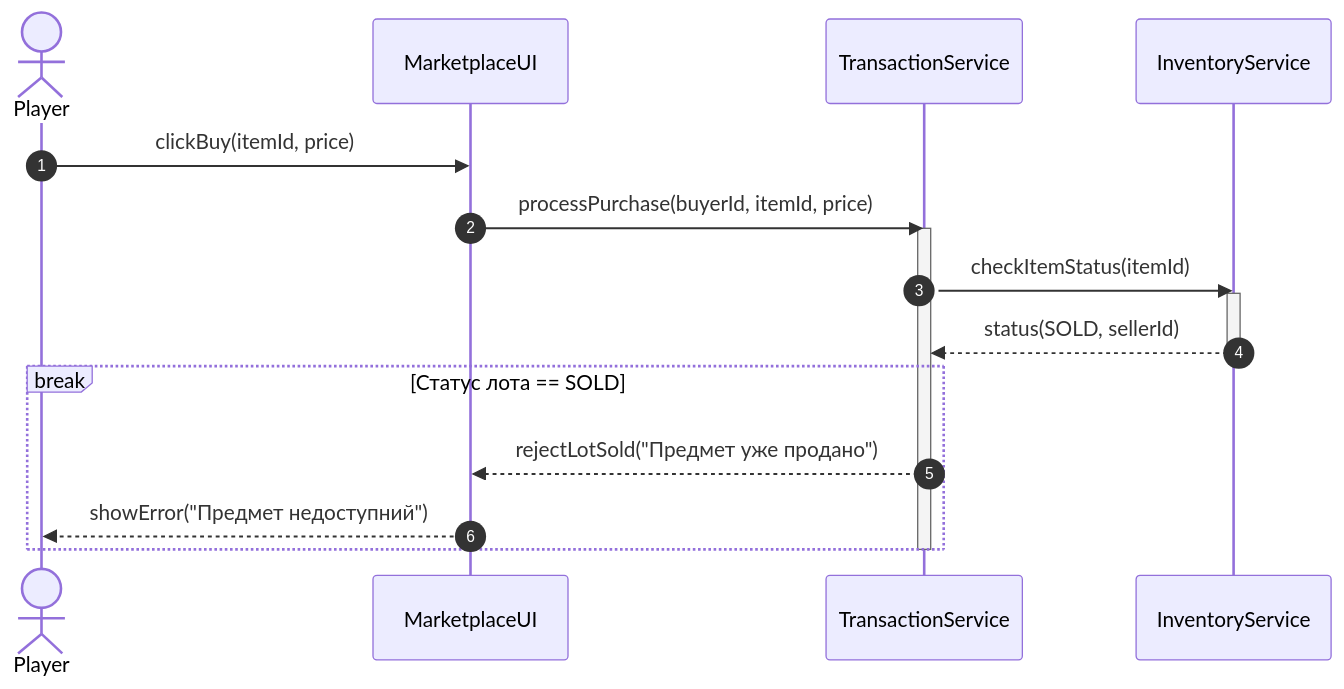
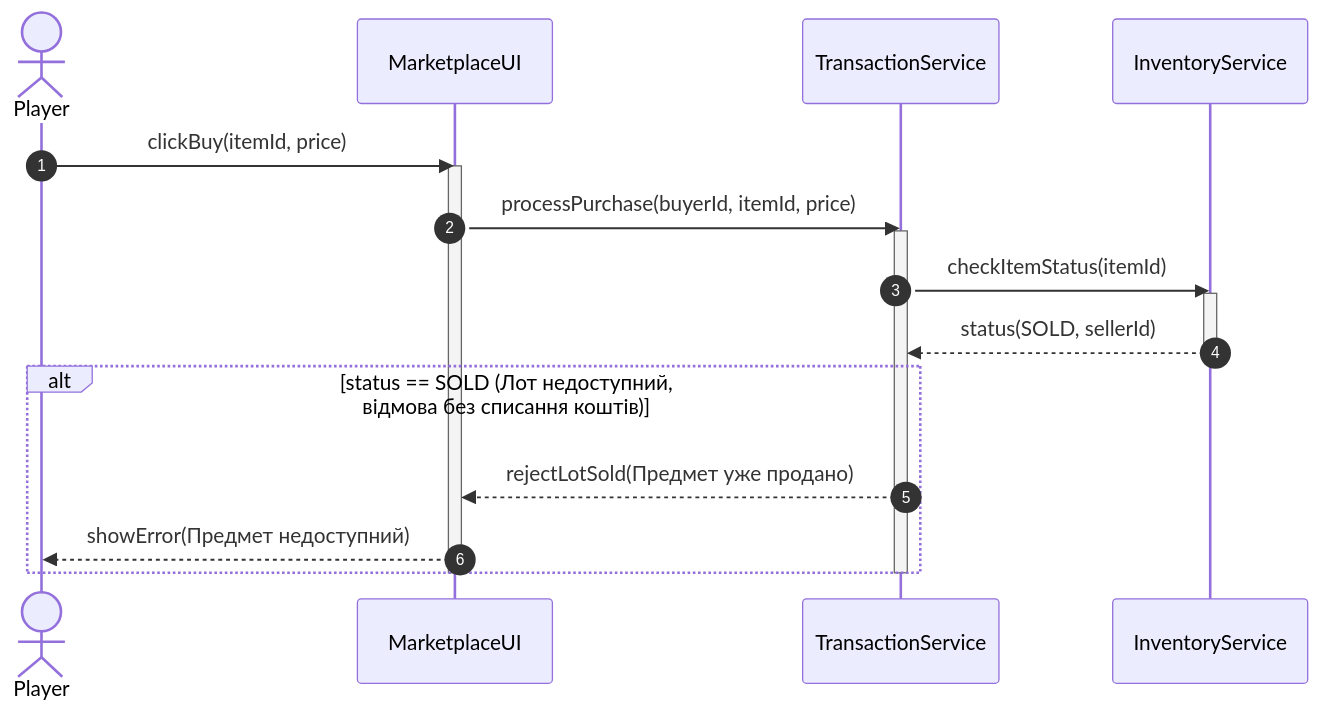
The third of 3 diagrams in lab3/diagrams.md (Rostislav77-hub/KPI-Architecture-Labs), drawn with Mermaid before and after one commit. The commit also changed other lines of this file and 1 other file, not shown here.

Commit message:
fix(lab3): fix Mermaid rendering in sequence.mmd and replace redundant break with alt

````diff
--- a/lab3/diagrams.md
+++ b/lab3/diagrams.md
@@ -98,24 +105,26 @@
 ```mermaid
 sequenceDiagram
     autonumber
     actor Player
     participant UI as MarketplaceUI
     participant TS as TransactionService
     participant IS as InventoryService
 
     Player->>UI: clickBuy(itemId, price)
+    activate UI
     UI->>TS: processPurchase(buyerId, itemId, price)
     activate TS
 
     TS->>IS: checkItemStatus(itemId)
     activate IS
     IS-->>TS: status(SOLD, sellerId)
     deactivate IS
 
-    break Статус лота == SOLD
-        TS-->>UI: rejectLotSold("Предмет уже продано")
-        UI-->>Player: showError("Предмет недоступний")
+    alt status == SOLD (Лот недоступний, відмова без списання коштів)
+        TS-->>UI: rejectLotSold(Предмет уже продано)
+        UI-->>Player: showError(Предмет недоступний)
     end
 
     deactivate TS
+    deactivate UI
 ```
````
